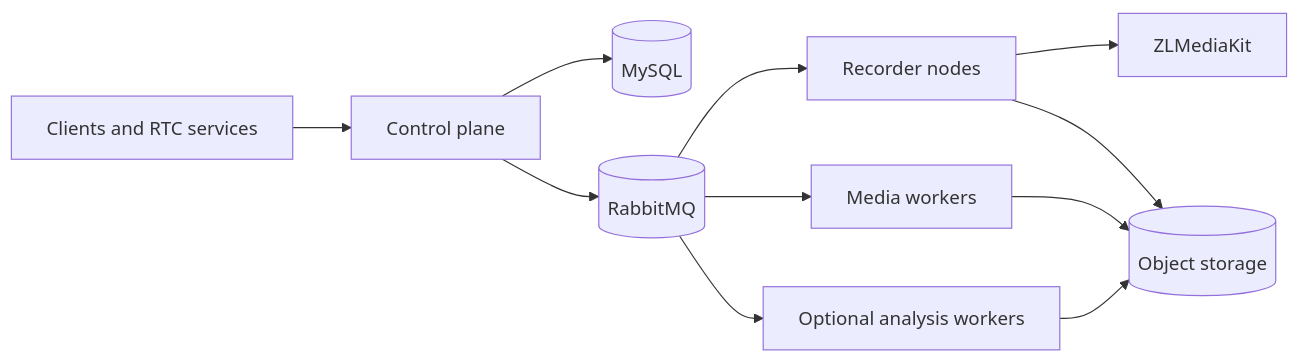
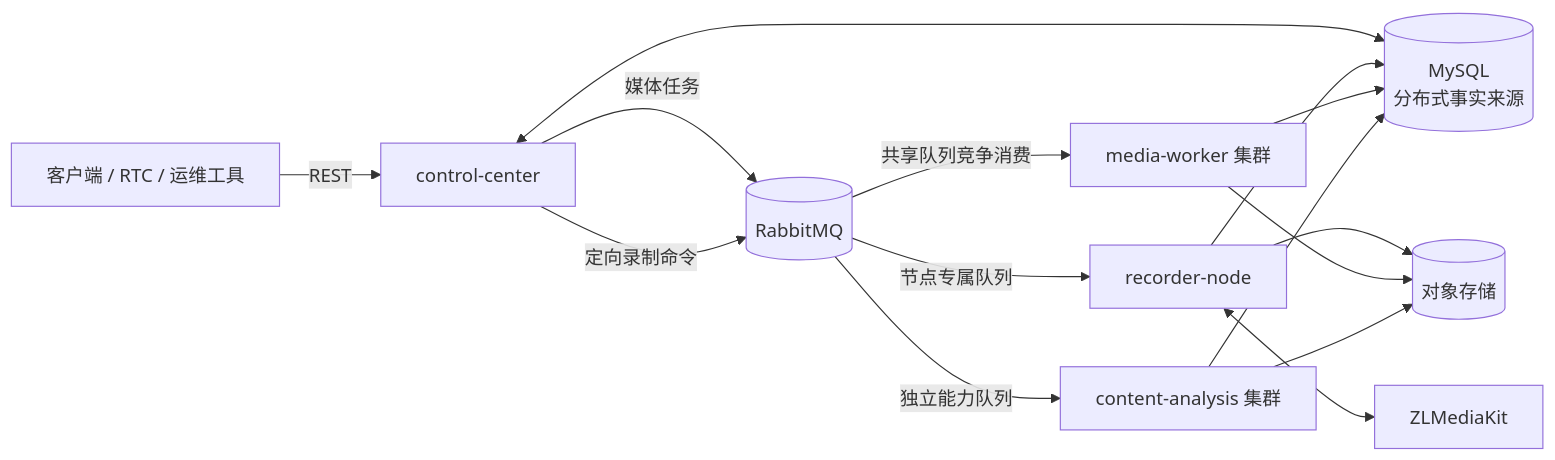
Before and after one commit to huxiaodong1989/MediaFleet: the diagram in README.md, drawn with Mermaid. The commit also changed other lines of this file and 56 other files, not shown here.

````diff
--- a/README.md
+++ b/README.md
@@ -33,13 +29,17 @@
 ```mermaid
 flowchart LR
-    Client[Clients and RTC services] --> Control[Control plane]
-    Control --> MySQL[(MySQL)]
-    Control --> RabbitMQ[(RabbitMQ)]
-    RabbitMQ --> Recorder[Recorder nodes]
-    RabbitMQ --> Workers[Media workers]
-    RabbitMQ --> Analysis[Optional analysis workers]
-    Recorder --> ZLM[ZLMediaKit]
-    Recorder --> Storage[(Object storage)]
-    Workers --> Storage
+    Client[客户端 / RTC / 运维工具] -->|REST| Control[control-center]
+    Control <--> MySQL[(MySQL<br/>分布式事实来源)]
+    Control -->|媒体任务| TaskMQ[(RabbitMQ)]
+    Control -->|定向录制命令| TaskMQ
+    TaskMQ -->|共享队列竞争消费| Worker[media-worker 集群]
+    TaskMQ -->|节点专属队列| Recorder[recorder-node]
+    TaskMQ -->|独立能力队列| Analysis[content-analysis 集群]
+    Recorder <--> ZLM[ZLMediaKit]
+    Recorder --> Storage[(对象存储)]
+    Worker --> Storage
     Analysis --> Storage
+    Recorder --> MySQL
+    Worker --> MySQL
+    Analysis --> MySQL
 ```
````
